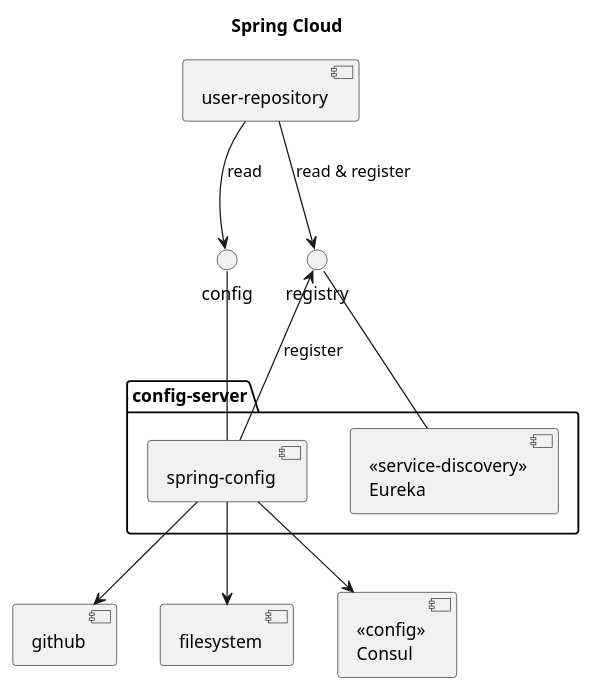
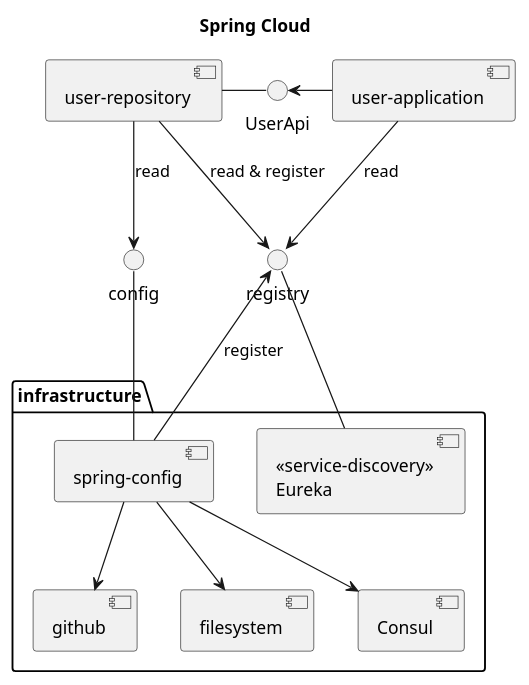
One commit to markoniemi/microservice-example changed the diagram in readme.md. Above: the diagram before and after it, drawn with PlantUML. The commit also changed 15 other files, not shown here.

```diff
--- a/readme.md
+++ b/readme.md
@@ -70,18 +70,24 @@
 @startuml
 
 title Spring Cloud
 
-package config-server {
+package infrastructure {
     [spring-config]
-    [<<service-discovery>>\nEureka]
+    [<<service-discovery>>\nEureka] as eureka
+    [github]
+    [filesystem]
+    [Consul] as consul
 }
-[<<service-discovery>>\nEureka] -up- registry
+eureka -up- registry
 [spring-config] -right-> registry: register
 [spring-config] -up- config
+[user-repository] -right- UserApi
+[user-application] -left-> UserApi
 [user-repository] --> config: read
 [user-repository] --> registry: read & register
+[user-application] --> registry: read
 [spring-config] -down-> [github]
 [spring-config] -down-> [filesystem]
-[spring-config] -down-> [<<config>>\nConsul]
+[spring-config] -down-> consul
 
 @enduml
```
